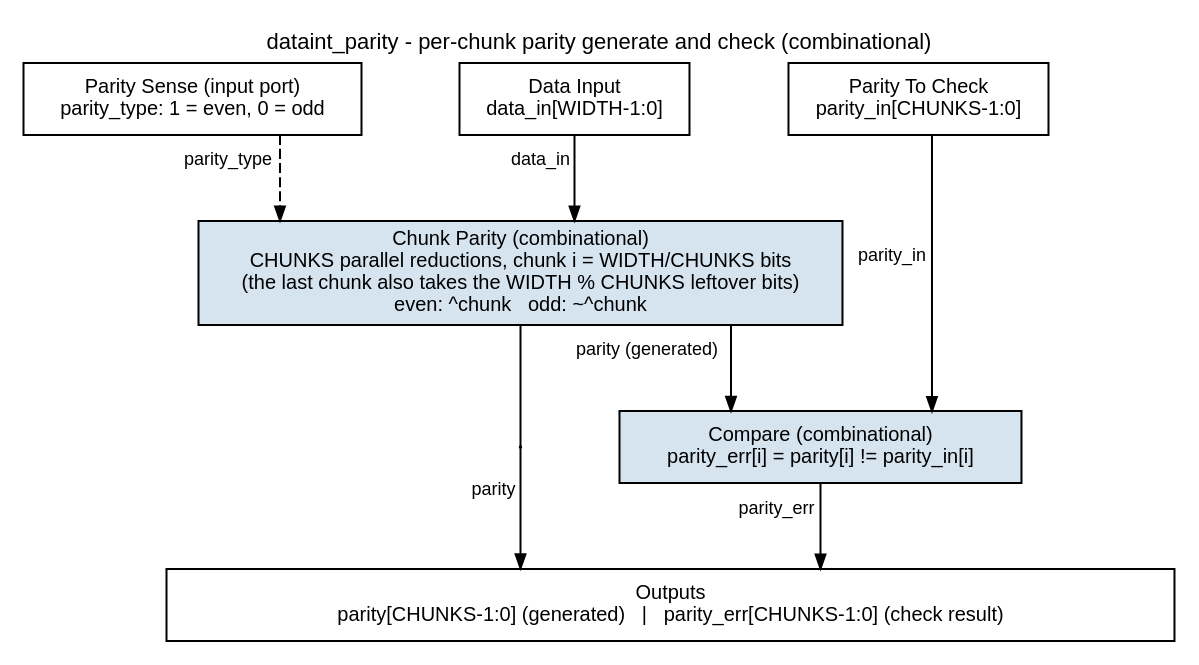
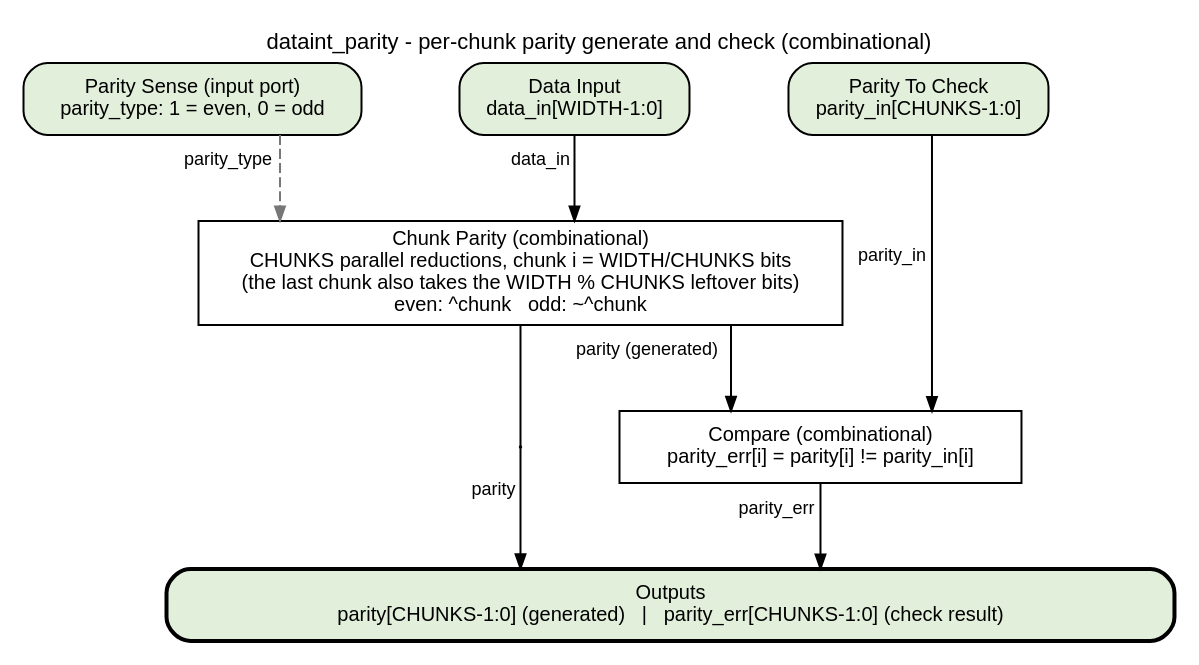
The diagram in docs/markdown/assets/rtl-common/graphviz/dataint_parity.dot (sean-galloway/RTLDesignSherpa), drawn with Graphviz before and after one commit. The commit also changed 1165 other files, not shown here.

First line of the commit message:
docs: every block diagram converted to the element key v3 (641 rendered)

```diff
--- a/docs/markdown/assets/rtl-common/graphviz/dataint_parity.dot
+++ b/docs/markdown/assets/rtl-common/graphviz/dataint_parity.dot
@@ -1,38 +1,38 @@
 // dataint_parity block diagram - house style.
 // Purely combinational. data_in is split into CHUNKS chunks; each chunk is
 // XOR-reduced (even) or XNOR-reduced (odd) per parity_type, giving the
 // generated parity; each generated bit is compared with the supplied
 // parity_in bit to flag an error. The same block generates and checks.
 // Source of truth: rtl/common/dataint_parity.sv.
 digraph dataint_parity {
     graph [rankdir=TB, bgcolor="white", fontname="Helvetica", fontsize=11,
            nodesep="0.35", ranksep="0.60", splines=ortho, newrank=true,
            labelloc=t, labeljust=c];
     node  [fontname="Helvetica", fontsize=10, shape=box, style=filled,
-           fillcolor="#D6E4F0", color="black", margin="0.12,0.06"];
+           fillcolor="white", color="black", margin="0.12,0.06"];
     edge  [fontname="Helvetica", fontsize=9, color="black", arrowsize=0.7];
     label="dataint_parity - per-chunk parity generate and check (combinational)";
 
-    din  [label="Data Input\ndata_in[WIDTH-1:0]", fillcolor="white"];
-    pty  [label="Parity Sense (input port)\nparity_type: 1 = even, 0 = odd", fillcolor="white"];
-    pin  [label="Parity To Check\nparity_in[CHUNKS-1:0]", fillcolor="white"];
+    din  [label="Data Input\ndata_in[WIDTH-1:0]", fillcolor="white", style="rounded,filled", fillcolor="#E2EFDA"];
+    pty  [label="Parity Sense (input port)\nparity_type: 1 = even, 0 = odd", fillcolor="white", style="rounded,filled", fillcolor="#E2EFDA"];
+    pin  [label="Parity To Check\nparity_in[CHUNKS-1:0]", fillcolor="white", style="rounded,filled", fillcolor="#E2EFDA"];
 
-    red  [label="Chunk Parity (combinational)\nCHUNKS parallel reductions, chunk i = WIDTH/CHUNKS bits\n(the last chunk also takes the WIDTH % CHUNKS leftover bits)\neven: ^chunk   odd: ~^chunk"];
-    cmp  [label="Compare (combinational)\nparity_err[i] = parity[i] != parity_in[i]"];
-    bar  [label="Outputs\nparity[CHUNKS-1:0] (generated)   |   parity_err[CHUNKS-1:0] (check result)", fillcolor="white", width=7.0];
+    red  [label="Chunk Parity (combinational)\nCHUNKS parallel reductions, chunk i = WIDTH/CHUNKS bits\n(the last chunk also takes the WIDTH % CHUNKS leftover bits)\neven: ^chunk   odd: ~^chunk", style="filled", fillcolor="white"];
+    cmp  [label="Compare (combinational)\nparity_err[i] = parity[i] != parity_in[i]", style="filled", fillcolor="white"];
+    bar  [label="Outputs\nparity[CHUNKS-1:0] (generated)   |   parity_err[CHUNKS-1:0] (check result)", fillcolor="white", width=7.0, style="rounded,filled,bold", fillcolor="#E2EFDA"];
 
     din -> red [xlabel="data_in"];
-    pty -> red [style=dashed, xlabel="parity_type"];
+    pty -> red [style=dashed, color="#777777", xlabel="parity_type"];
     red -> cmp [xlabel="parity (generated)"];
     pin -> cmp [xlabel="parity_in"];
     cmp -> bar [xlabel="parity_err"];
     p_par [shape=point, width=0.01];
     red -> p_par [arrowhead=none, headclip=false];
     p_par -> bar [xlabel="parity", tailclip=false];
 
     { rank=same; pty; din; pin; }
     pty -> din [style=invis, minlen=2];
     din -> pin [style=invis, minlen=2];
     { rank=same; p_par; cmp; }
     p_par -> cmp [style=invis, minlen=2];
 }
```
